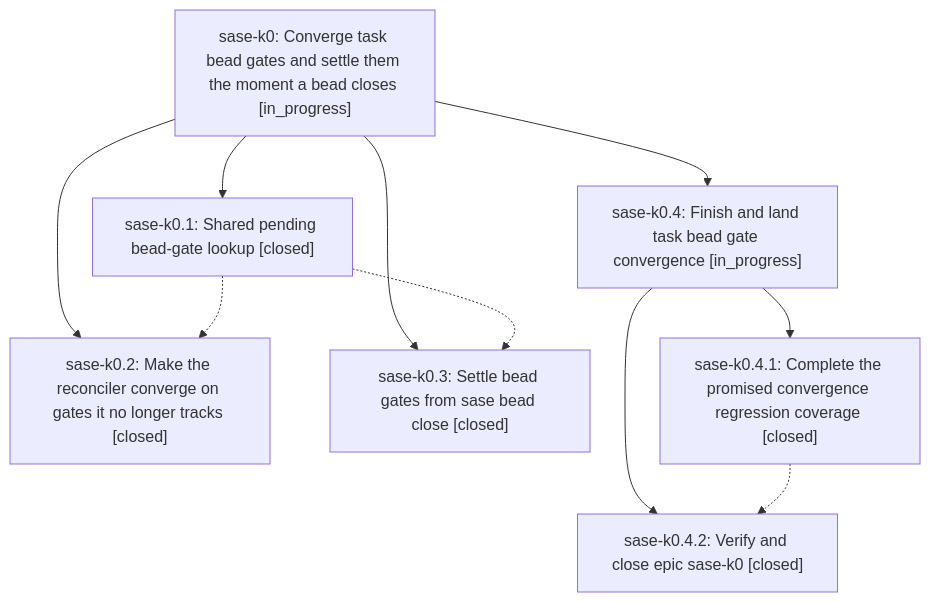
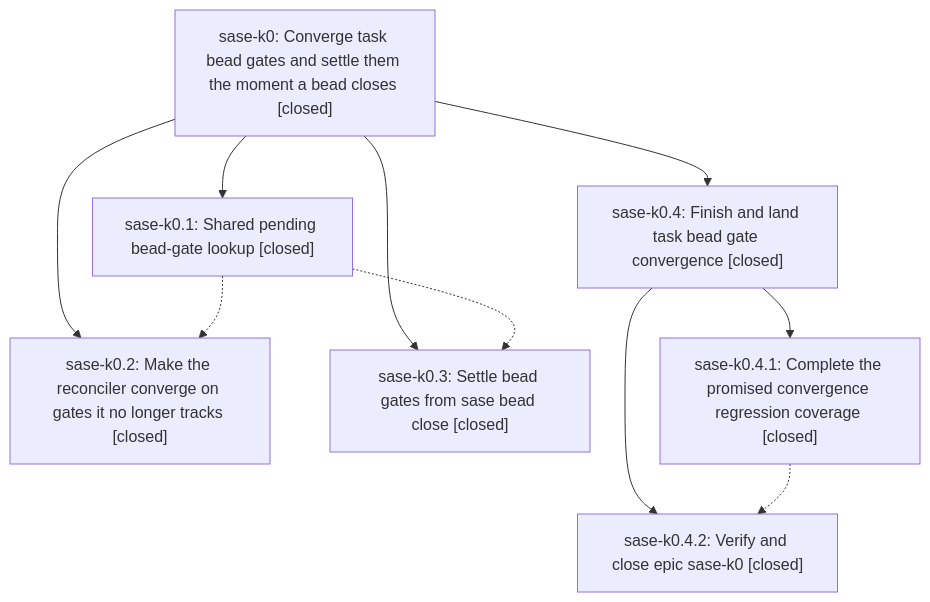
The diagram in pages/sase-k0/README.md (sase-org/sase--beads), drawn with Mermaid before and after one commit. The commit also changed other lines of this file and 1 other file, not shown here.

First line of the commit message:
chore(beads): sync bead state and pages for sase-k0

````diff
--- a/pages/sase-k0/README.md
+++ b/pages/sase-k0/README.md
@@ -24,19 +28,19 @@
 ```mermaid
 flowchart TD
-    n0["sase-k0: Converge task bead gates and settle them the moment a bead closes [in_progress]"]
+    n0["sase-k0: Converge task bead gates and settle them the moment a bead closes [closed]"]
     n1["sase-k0.1: Shared pending bead-gate lookup [closed]"]
     n2["sase-k0.2: Make the reconciler converge on gates it no longer tracks [closed]"]
     n3["sase-k0.3: Settle bead gates from sase bead close [closed]"]
-    n4["sase-k0.4: Finish and land task bead gate convergence [in_progress]"]
+    n4["sase-k0.4: Finish and land task bead gate convergence [closed]"]
     n5["sase-k0.4.1: Complete the promised convergence regression coverage [closed]"]
     n6["sase-k0.4.2: Verify and close epic sase-k0 [closed]"]
     n0 --> n1
     n0 --> n2
     n0 --> n3
     n0 --> n4
     n4 --> n5
     n4 --> n6
     n1 -.-> n2
     n1 -.-> n3
     n5 -.-> n6
 ```
````
